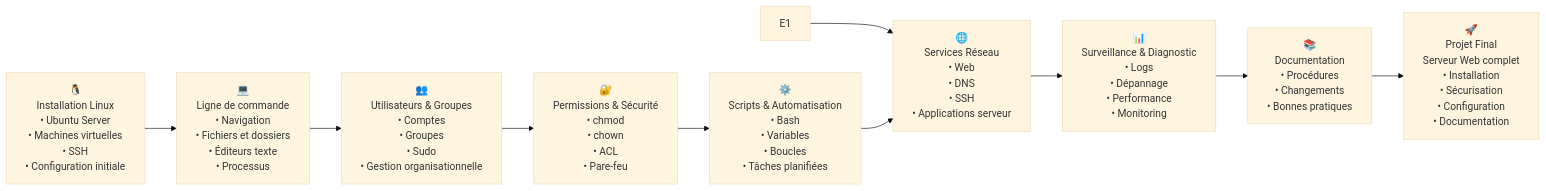
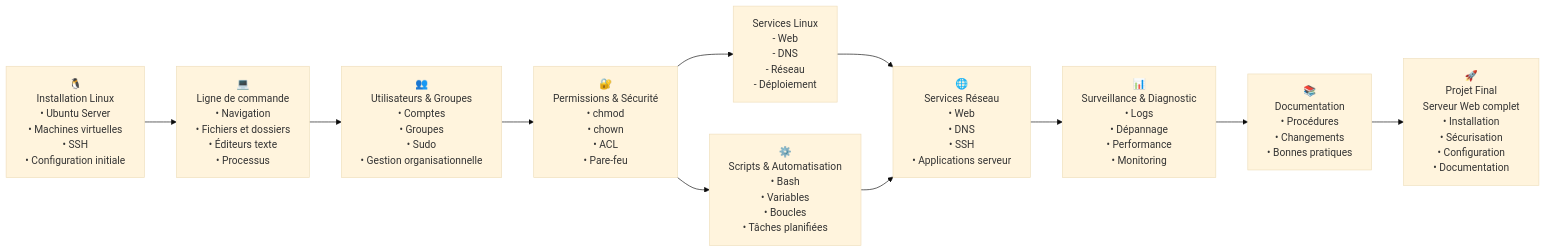
Before and after one commit to CollegeBoreal/INF1085-201-26A-04: the third of 4 diagrams in 0.PlanDeCours/README.md, drawn with Mermaid (base theme).

Commit message:
Add Linux services and automation scripts section

```diff
--- a/0.PlanDeCours/README.md
+++ b/0.PlanDeCours/README.md
@@ -138,6 +138,14 @@
 • chown
 • ACL
 • Pare-feu
+"]
+
+D --> E1["
+Services Linux
+ - Web
+ - DNS
+ - Réseau
+ - Déploiement
 "]
 
 D --> E2["⚙️
```
